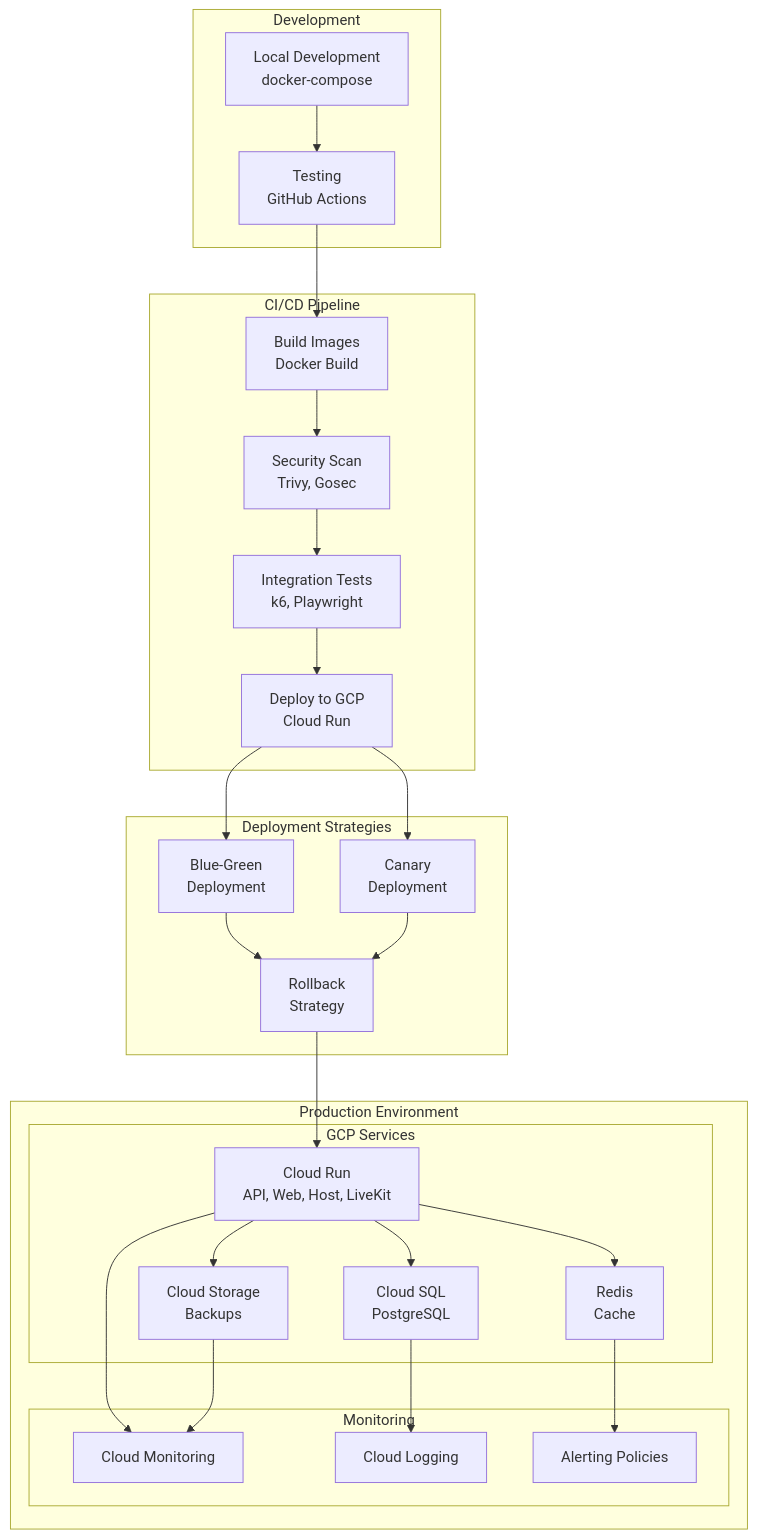
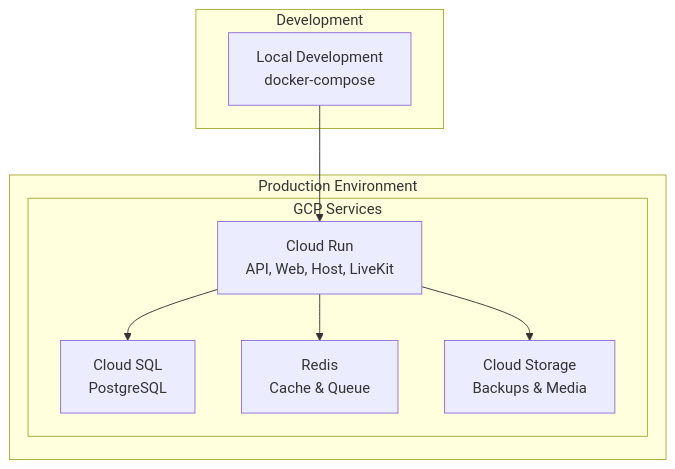
The fifth of 6 diagrams in docs/architecture-diagram.md (IzmYuta/Hacz_Ichthyo), drawn with Mermaid before and after one commit. The commit also changed other lines of this file and 4 other files, not shown here.

````diff
--- a/docs/architecture-diagram.md
+++ b/docs/architecture-diagram.md
@@ -263,62 +275,23 @@
 ```mermaid
 graph TB
     subgraph "Development"
         DEV[Local Development<br/>docker-compose]
-        TEST[Testing<br/>GitHub Actions]
-    end
-    
-    subgraph "CI/CD Pipeline"
-        BUILD[Build Images<br/>Docker Build]
-        SCAN[Security Scan<br/>Trivy, Gosec]
-        TEST2[Integration Tests<br/>k6, Playwright]
-        DEPLOY[Deploy to GCP<br/>Cloud Run]
     end
     
     subgraph "Production Environment"
         subgraph "GCP Services"
             CR[Cloud Run<br/>API, Web, Host, LiveKit]
             SQL[Cloud SQL<br/>PostgreSQL]
-            REDIS[Redis<br/>Cache]
-            STORAGE[Cloud Storage<br/>Backups]
-        end
-        
-        subgraph "Monitoring"
-            MONITOR[Cloud Monitoring]
-            LOGS[Cloud Logging]
-            ALERTS[Alerting Policies]
+            REDIS[Redis<br/>Cache & Queue]
+            STORAGE[Cloud Storage<br/>Backups & Media]
         end
     end
     
-    subgraph "Deployment Strategies"
-        BG[Blue-Green<br/>Deployment]
-        CANARY[Canary<br/>Deployment]
-        ROLLBACK[Rollback<br/>Strategy]
-    end
-    
     %% Development flow
-    DEV --> TEST
-    TEST --> BUILD
-    
-    %% CI/CD flow
-    BUILD --> SCAN
-    SCAN --> TEST2
-    TEST2 --> DEPLOY
-    
-    %% Deployment flow
-    DEPLOY --> BG
-    DEPLOY --> CANARY
-    BG --> ROLLBACK
-    CANARY --> ROLLBACK
+    DEV --> CR
     
     %% Production flow
-    ROLLBACK --> CR
     CR --> SQL
     CR --> REDIS
     CR --> STORAGE
-    
-    %% Monitoring flow
-    CR --> MONITOR
-    SQL --> LOGS
-    REDIS --> ALERTS
-    STORAGE --> MONITOR
 ```
````
